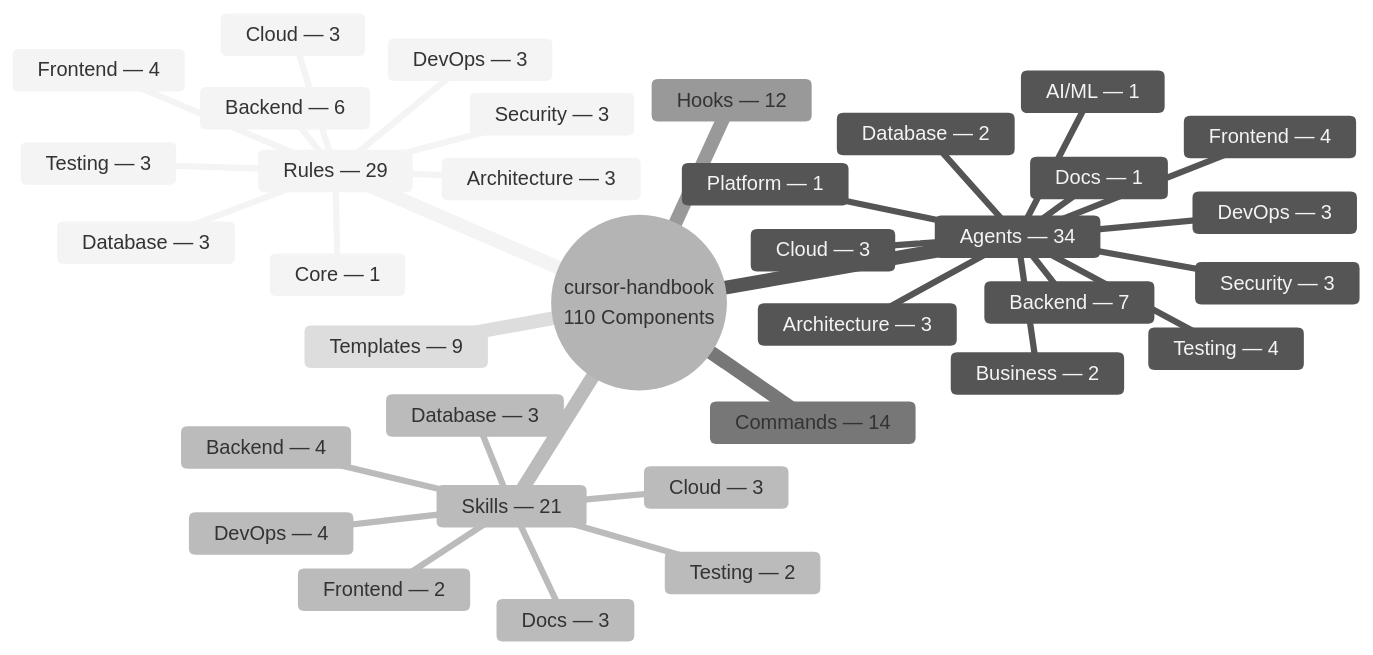
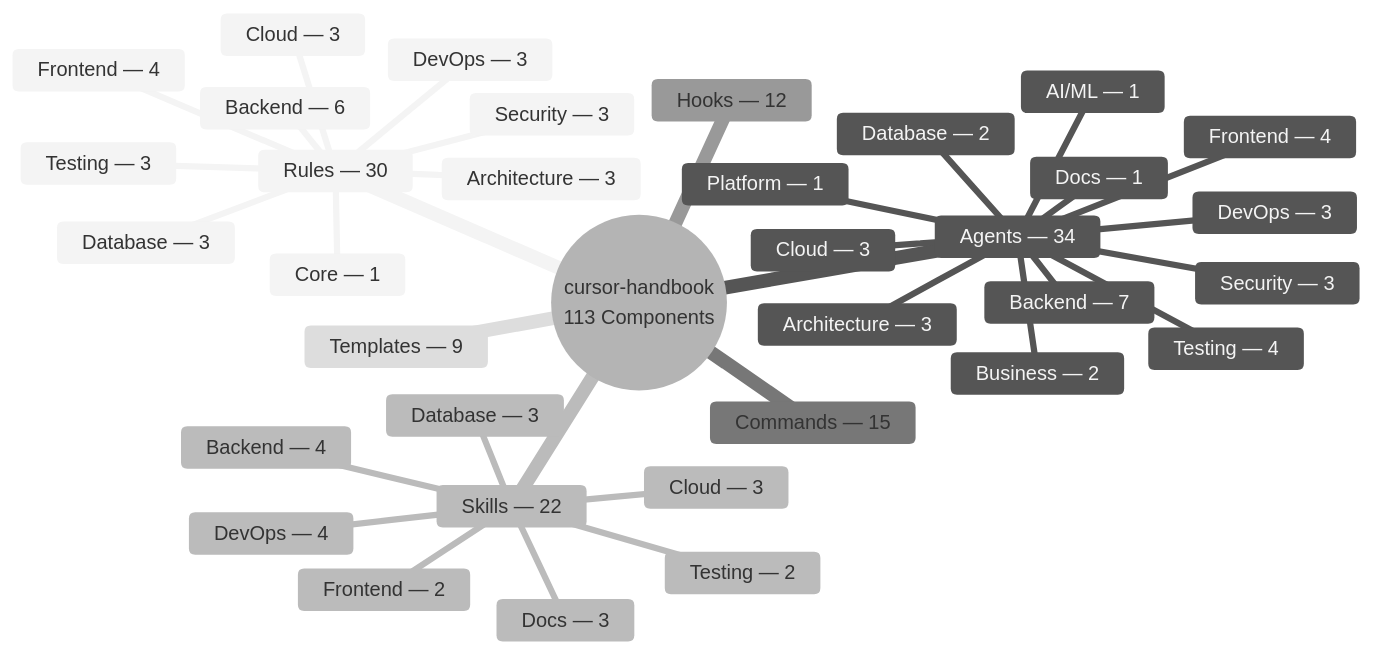
The second of 11 diagrams in README.md (girijashankarj/cursor-handbook), drawn with Mermaid before and after one commit. The commit also changed other lines of this file and 4 other files, not shown here.

````diff
--- a/README.md
+++ b/README.md
@@ -153,39 +153,39 @@
 ```mermaid
 %%{init: {'theme': 'neutral'}}%%
 mindmap
-  root((cursor-handbook<br/>110 Components))
-    Rules — 29
+  root((cursor-handbook<br/>113 Components))
+    Rules — 30
       Architecture — 3
       Backend — 6
       Frontend — 4
       Security — 3
       Database — 3
       Cloud — 3
       Testing — 3
       DevOps — 3
       Core — 1
     Agents — 34
       Architecture — 3
       Backend — 7
       Frontend — 4
       Testing — 4
       Database — 2
       Security — 3
       Cloud — 3
       DevOps — 3
       Business — 2
       AI/ML — 1
       Docs — 1
       Platform — 1
-    Skills — 21
+    Skills — 22
       Backend — 4
       Frontend — 2
       Testing — 2
       Database — 3
       Cloud — 3
       DevOps — 4
       Docs — 3
-    Commands — 14
+    Commands — 15
     Hooks — 12
     Templates — 9
 ```
````
